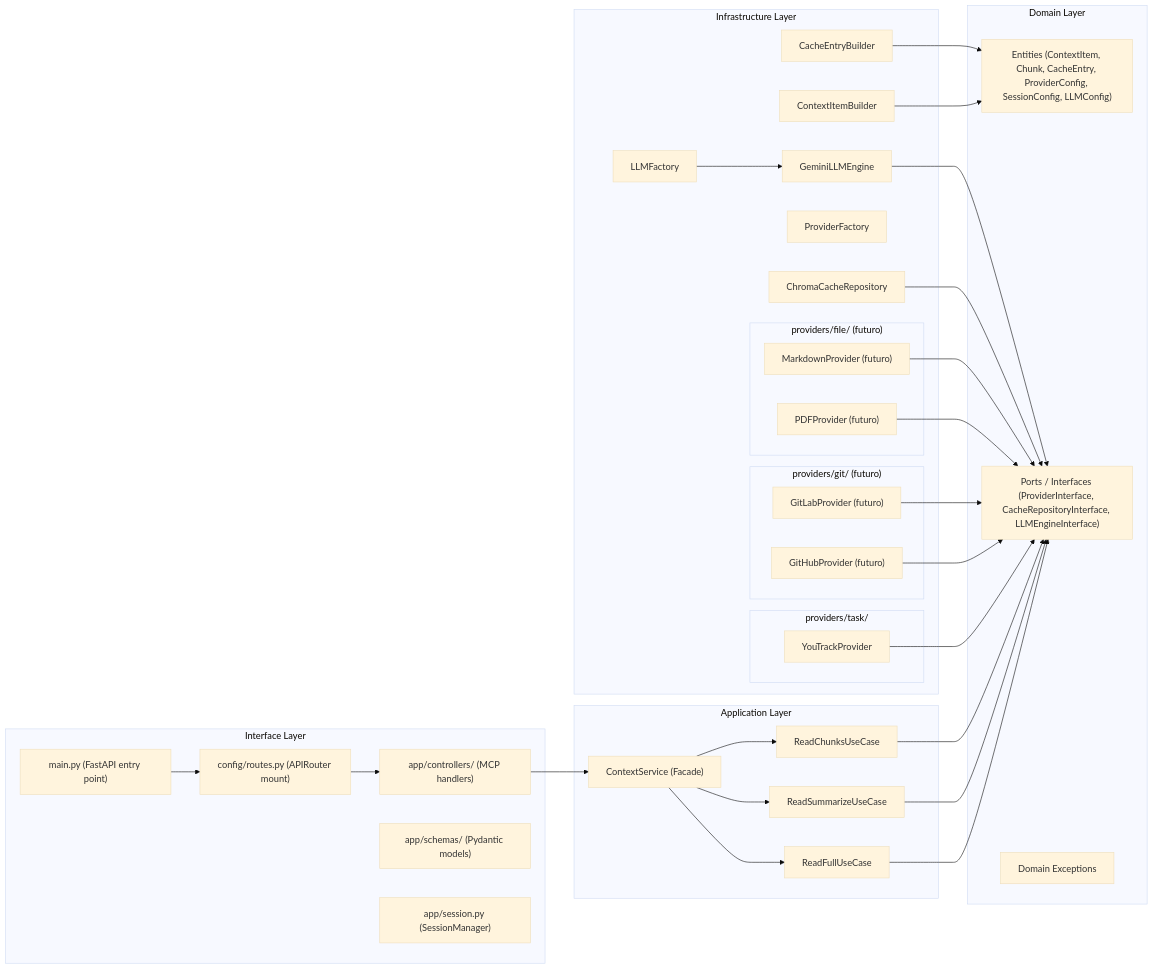
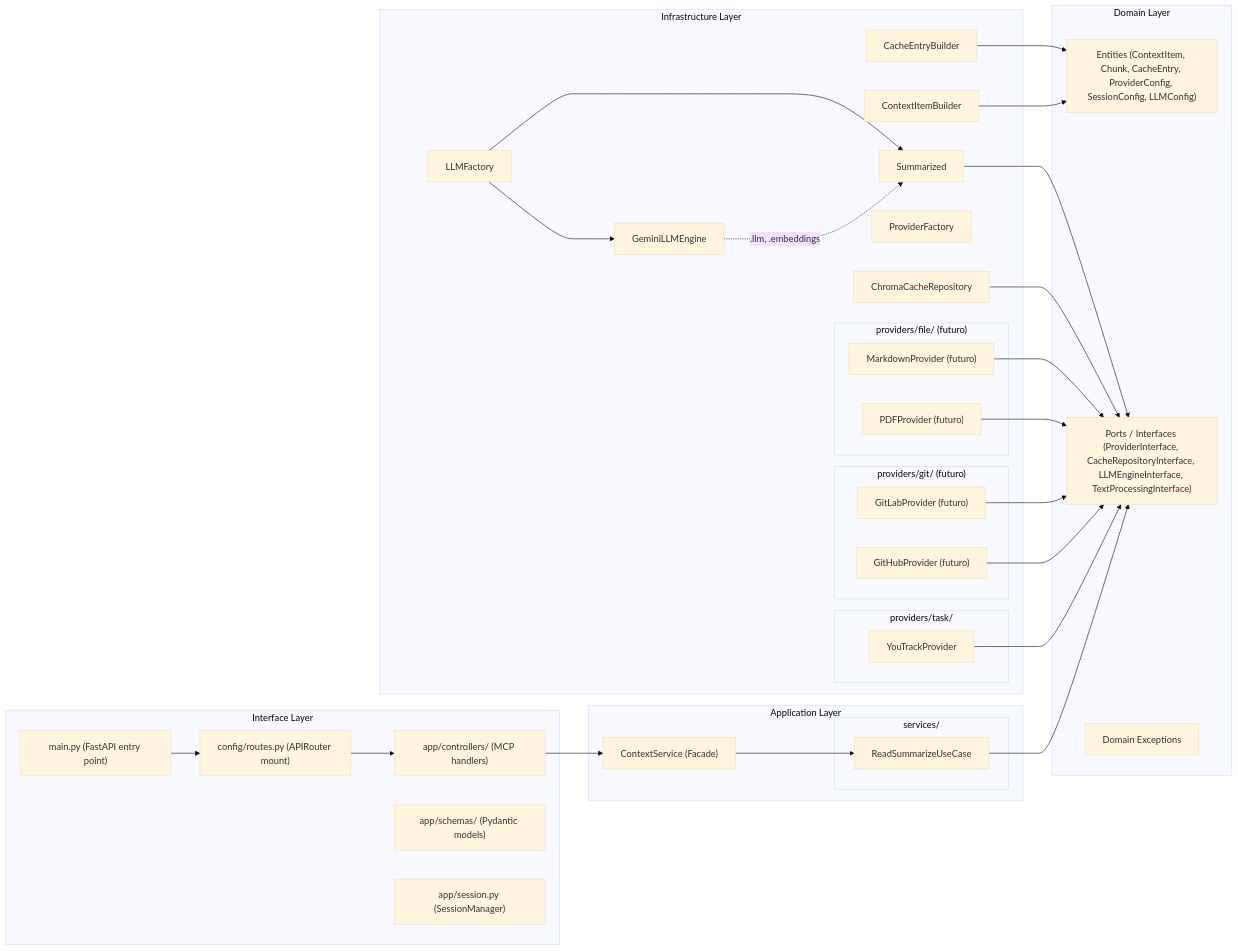
One commit to remolacho/ContextForge changed the second of 7 diagrams in .kiro/specs/contextforge/design.md. Above: the diagram before and after it, drawn with Mermaid (base theme). The commit also changed other lines of this file and 10 other files, not shown here.

````diff
--- a/.kiro/specs/contextforge/design.md
+++ b/.kiro/specs/contextforge/design.md
@@ -33,60 +33,59 @@
 ```mermaid
 graph LR
     subgraph "Interface Layer"
         MAIN["main.py (FastAPI entry point)"]
         ROUTES["config/routes.py (APIRouter mount)"]
         CTRL["app/controllers/ (MCP handlers)"]
         SCH["app/schemas/ (Pydantic models)"]
         SM["app/session.py (SessionManager)"]
     end
     subgraph "Application Layer"
         SVC["ContextService (Facade)"]
-        UC1["ReadFullUseCase"]
-        UC2["ReadSummarizeUseCase"]
-        UC3["ReadChunksUseCase"]
+        subgraph "services/"
+            RS["ReadSummarizeUseCase"]
+        end
     end
     subgraph "Domain Layer"
         E["Entities (ContextItem, Chunk, CacheEntry, ProviderConfig, SessionConfig, LLMConfig)"]
-        P["Ports / Interfaces (ProviderInterface, CacheRepositoryInterface, LLMEngineInterface)"]
+        P["Ports / Interfaces (ProviderInterface, CacheRepositoryInterface, LLMEngineInterface, TextProcessingInterface)"]
         EX["Domain Exceptions"]
     end
     subgraph "Infrastructure Layer"
         PF["ProviderFactory"]
         subgraph "providers/task/"
             YT["YouTrackProvider"]
         end
         subgraph "providers/git/ (futuro)"
             GH["GitHubProvider (futuro)"]
             GL["GitLabProvider (futuro)"]
         end
         subgraph "providers/file/ (futuro)"
             PDF["PDFProvider (futuro)"]
             MD["MarkdownProvider (futuro)"]
         end
         CH["ChromaCacheRepository"]
         GE["GeminiLLMEngine"]
+        SUM["Summarized"]
         LF["LLMFactory"]
         CB["ContextItemBuilder"]
         CEB["CacheEntryBuilder"]
     end
 
     MAIN --> ROUTES
     ROUTES --> CTRL
     CTRL --> SVC
-    SVC --> UC1
-    SVC --> UC2
-    SVC --> UC3
-    UC1 --> P
-    UC2 --> P
-    UC3 --> P
+    SVC --> RS
+    RS --> P
     YT --> P
     GH --> P
     GL --> P
     PDF --> P
     MD --> P
     CH --> P
-    GE --> P
+    GE -.->|".llm, .embeddings"| SUM
+    SUM --> P
     LF --> GE
+    LF --> SUM
     CB --> E
     CEB --> E
 ```
````
